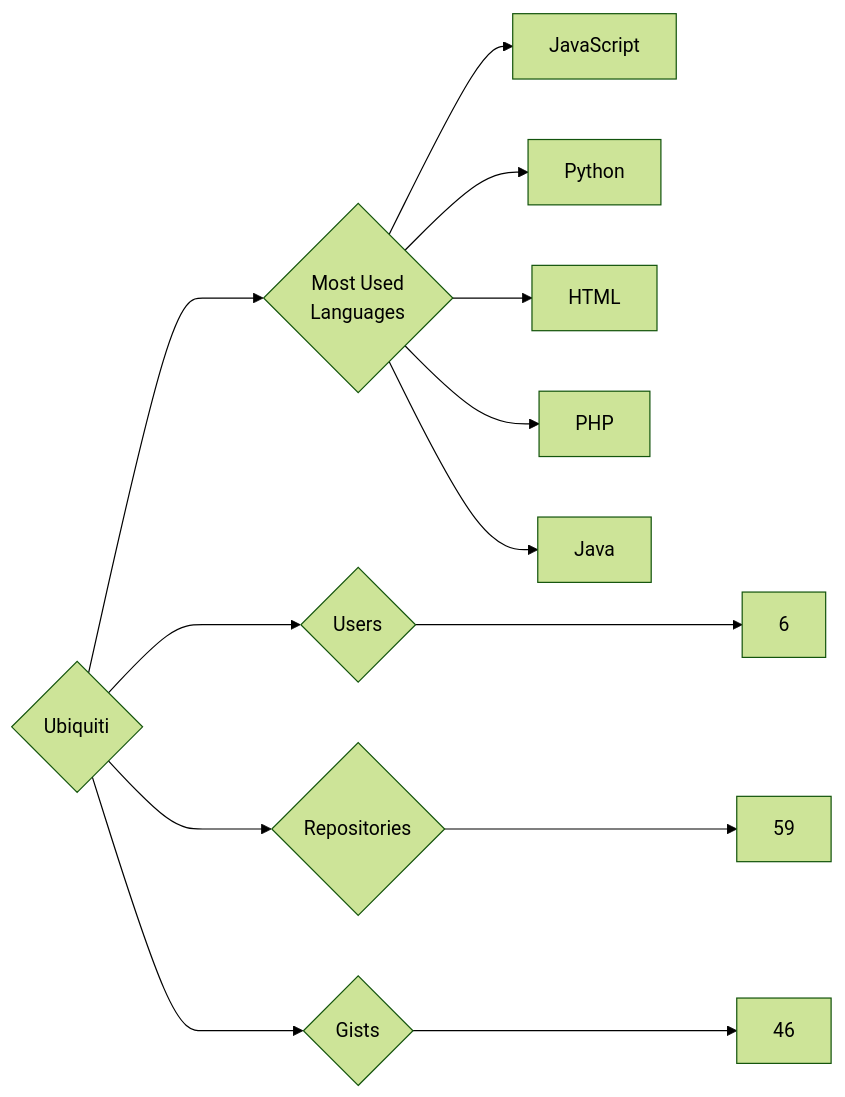
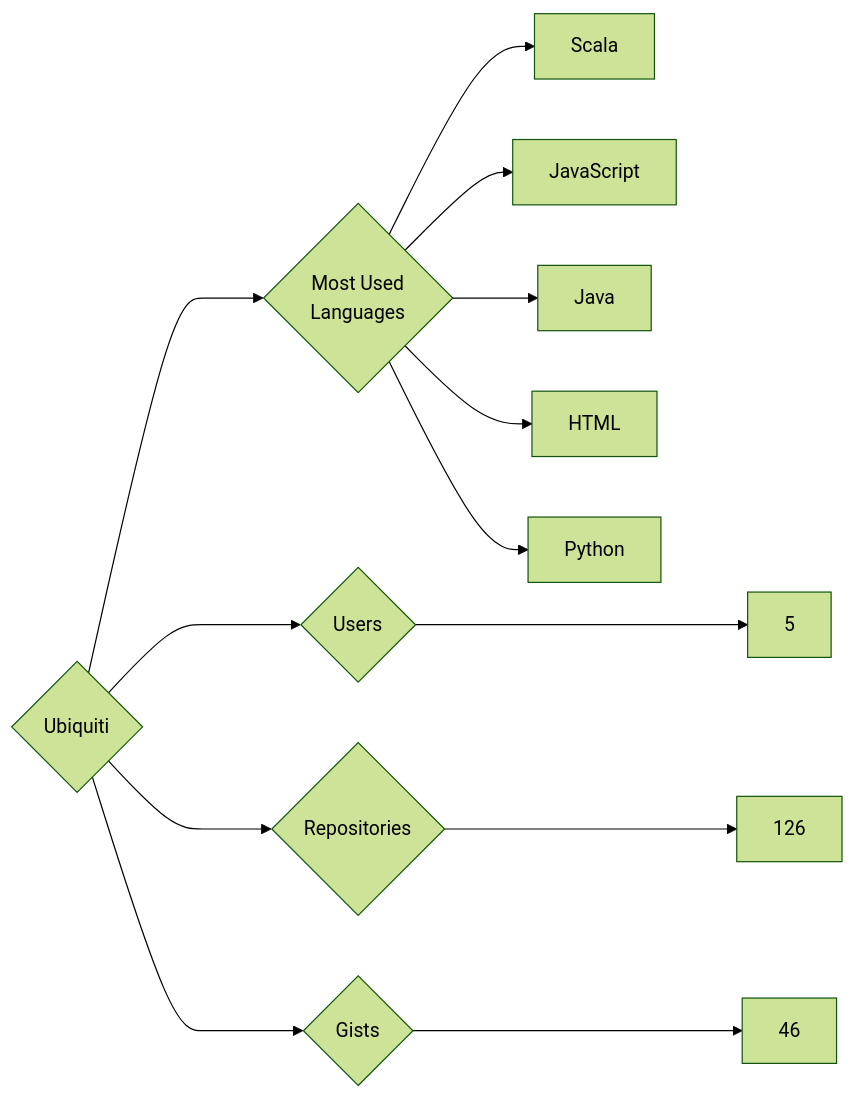
The diagram in targets/Ubiquiti/README.md (trickest/insiders), drawn with Mermaid (forest theme) before and after one commit. The commit also changed 1389 other files, not shown here.

````diff
--- a/targets/Ubiquiti/README.md
+++ b/targets/Ubiquiti/README.md
@@ -3,13 +3,13 @@
 ```mermaid
 graph LR
 COMPANY_NAME{Ubiquiti}
-COMPANY_NAME ---> U{Users} ---> UN[6]
-COMPANY_NAME ---> R{Repositories} ---> RN[59]
+COMPANY_NAME ---> U{Users} ---> UN[5]
+COMPANY_NAME ---> R{Repositories} ---> RN[126]
 COMPANY_NAME ---> G{Gists} ---> GN[46]
 COMPANY_NAME ---> ML{Most Used<br>Languages}
+ML --> Scala[Scala]
 ML --> JavaScript[JavaScript]
+ML --> Java[Java]
+ML --> HTML[HTML]
 ML --> Python[Python]
-ML --> HTML[HTML]
-ML --> PHP[PHP]
-ML --> Java[Java]
 ```
````
